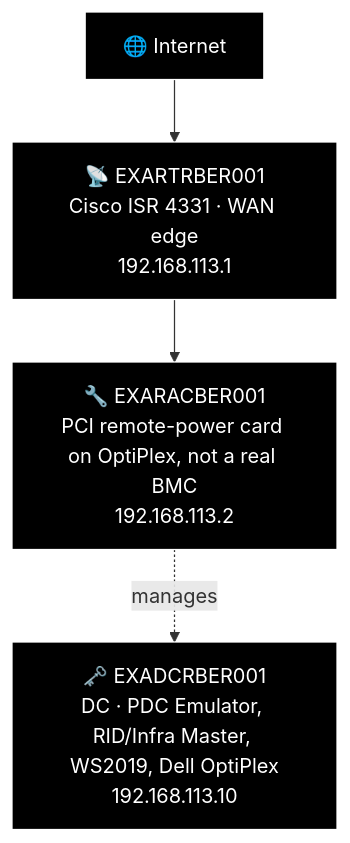
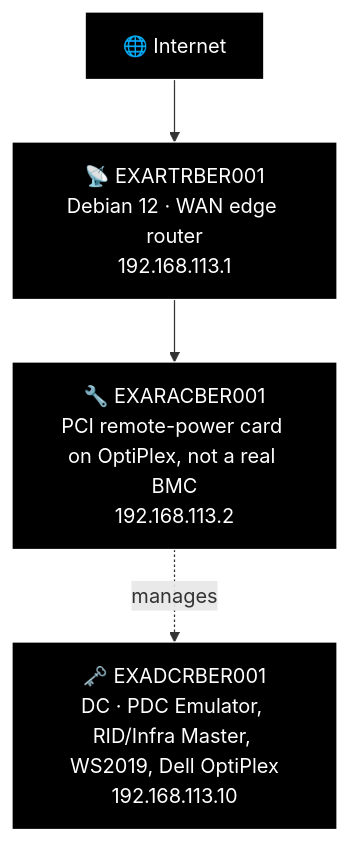
Before and after one commit to knightmare2600/example_music_infra: the fourth of 13 diagrams in docs/network-diagram/deutschland.md, drawn with Mermaid. The commit also changed other lines of this file and 9 other files, not shown here.

````diff
--- a/docs/network-diagram/deutschland.md
+++ b/docs/network-diagram/deutschland.md
@@ -191,18 +191,18 @@
 ```mermaid
 %% GENERATED:OLDNETWORK:BER:START
 %%{init: {'flowchart': {'curve': 'stepAfter'}}}%%
 graph TD
     O_INET["🌐 Internet"]
-    O_RTR["📡 EXARTRBER001<br/>Cisco ISR 4331 · WAN edge<br/>192.168.113.1"]
+    O_RTR["📡 EXARTRBER001<br/>Debian 12 · WAN edge router<br/>192.168.113.1"]
     O_DCR["🗝️ EXADCRBER001<br/>DC · PDC Emulator, RID/Infra Master, WS2019, Dell OptiPlex<br/>192.168.113.10"]
     O_RAC["🔧 EXARACBER001<br/>PCI remote-power card on OptiPlex, not a real BMC<br/>192.168.113.2"]
     O_INET --> O_RTR
     O_RTR --> O_RAC
     O_RAC -.->|"manages"| O_DCR
 
     style O_INET fill:#000000,stroke:#FFFFFF,color:#FFFFFF
     style O_RTR fill:#000000,stroke:#FFFFFF,color:#FFFFFF
     style O_DCR fill:#000000,stroke:#FFFFFF,color:#FFFFFF
     style O_RAC fill:#000000,stroke:#FFFFFF,color:#FFFFFF
 %% GENERATED:OLDNETWORK:BER:END
 ```
````
